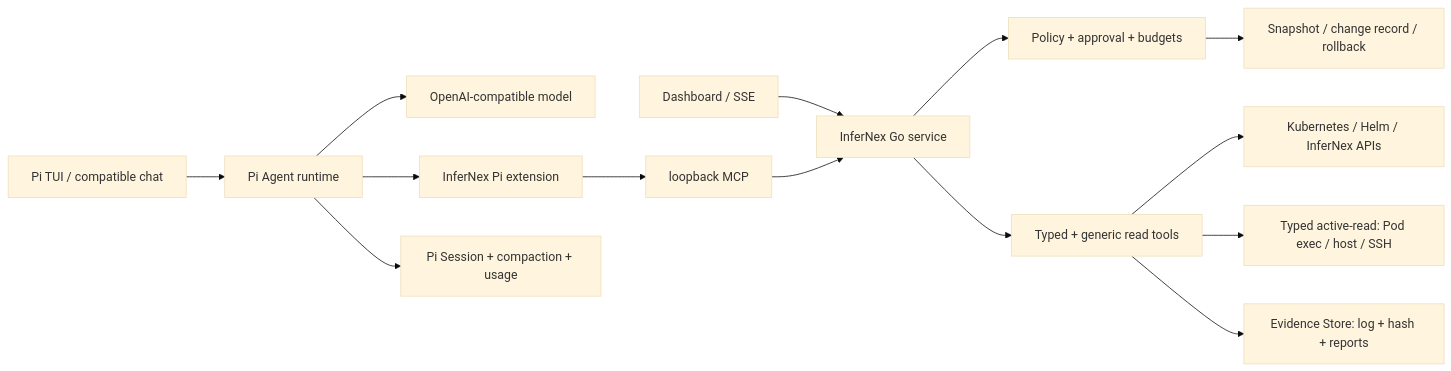
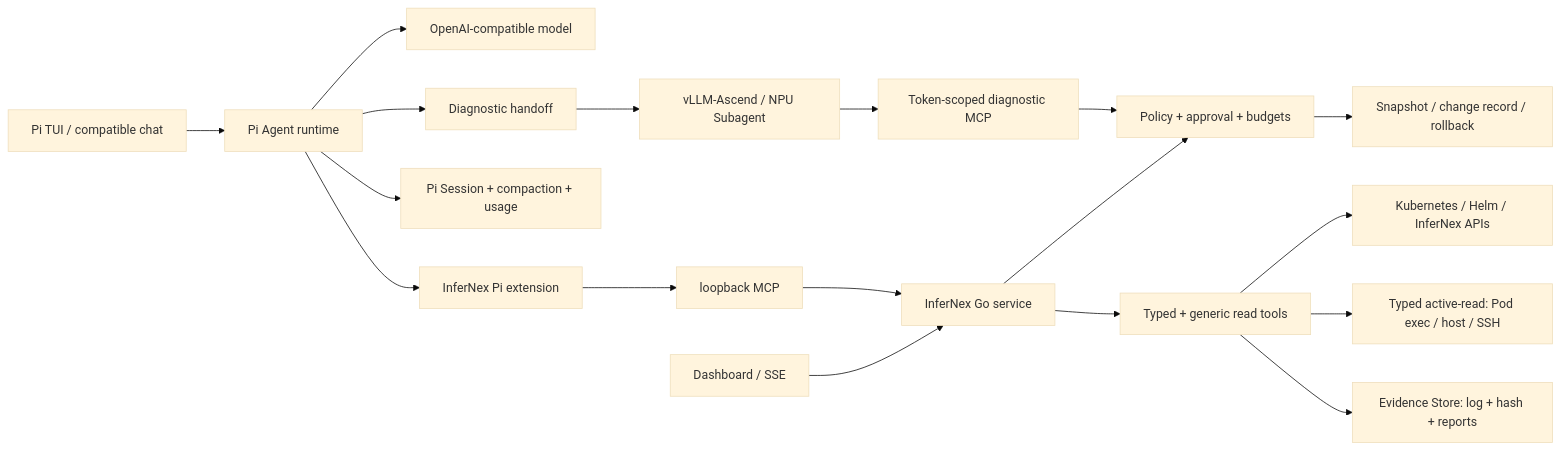
Before and after one commit to lsjfy-open-com/infernex-agent: the diagram in component/InferNex-Agent/docs/proposals/infernex-agent-v0.5-proposal-zh.md, drawn with Mermaid (base theme). The commit also changed other lines of this file and 12 other files, not shown here.

````diff
--- a/component/InferNex-Agent/docs/proposals/infernex-agent-v0.5-proposal-zh.md
+++ b/component/InferNex-Agent/docs/proposals/infernex-agent-v0.5-proposal-zh.md
@@ -137,16 +157,20 @@
 ```mermaid
 flowchart LR
     CLI["Pi TUI / compatible chat"] --> Pi["Pi Agent runtime"]
     Pi --> Model["OpenAI-compatible model"]
     Pi --> Extension["InferNex Pi extension"]
     Extension --> MCP["loopback MCP"]
     Web["Dashboard / SSE"] --> Go["InferNex Go service"]
     MCP --> Go
     Go --> Policy["Policy + approval + budgets"]
     Go --> Tools["Typed + generic read tools"]
     Tools --> K8s["Kubernetes / Helm / InferNex APIs"]
     Tools --> Exec["Typed active-read: Pod exec / host / SSH"]
     Tools --> Evidence["Evidence Store: log + hash + reports"]
     Pi --> Session["Pi Session + compaction + usage"]
     Policy --> Safety["Snapshot / change record / rollback"]
+    Pi --> Handoff["Diagnostic handoff"]
+    Handoff --> Subagent["vLLM-Ascend / NPU Subagent"]
+    Subagent --> Restricted["Token-scoped diagnostic MCP"]
+    Restricted --> Policy
 ```
````
